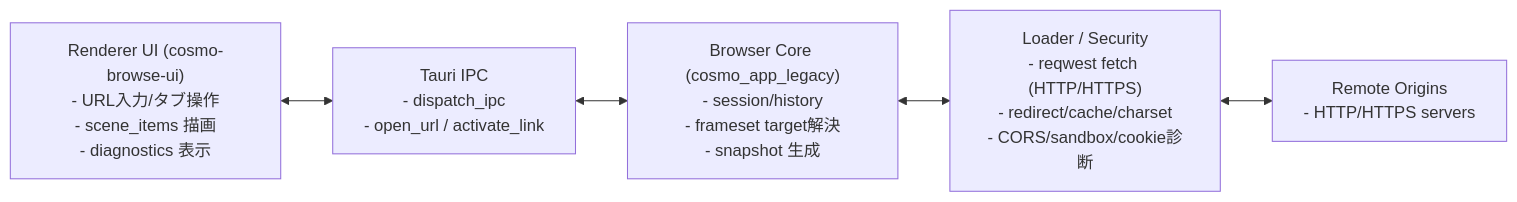
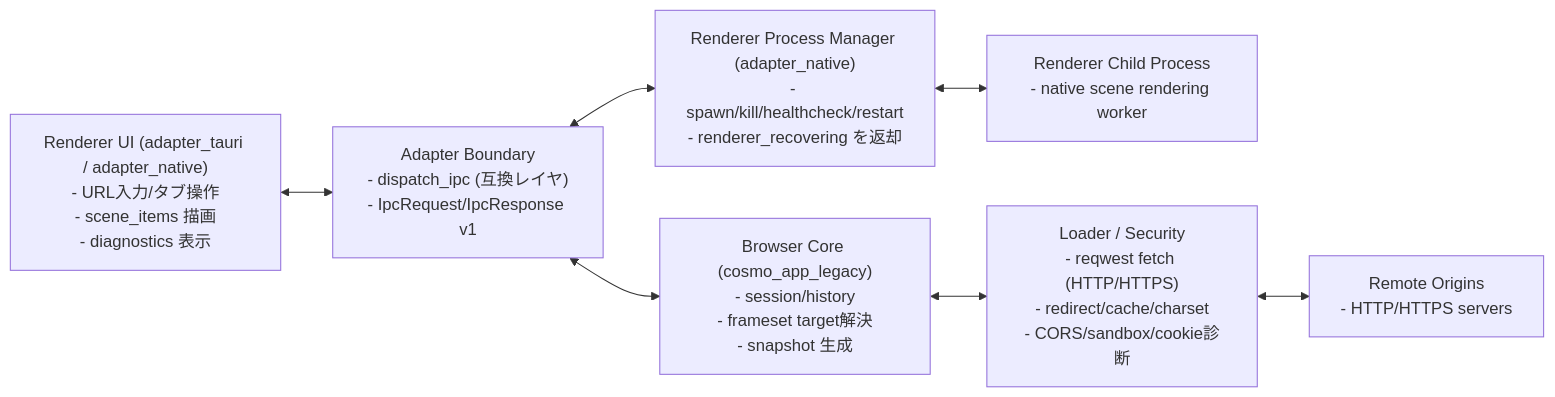
The diagram in docs/architecture/mermaid/runtime-topology.mmd (pkaiy81/CosmoBrowse), drawn with Mermaid before and after one commit. The commit also changed 8 other files, not shown here.

Commit message:
docs: update roadmap progress and recovery architecture flows

```diff
--- a/docs/architecture/mermaid/runtime-topology.mmd
+++ b/docs/architecture/mermaid/runtime-topology.mmd
@@ -1,11 +1,15 @@
 flowchart LR
-  UI["Renderer UI (cosmo-browse-ui)\n- URL入力/タブ操作\n- scene_items 描画\n- diagnostics 表示"]
-  IPC["Tauri IPC\n- dispatch_ipc\n- open_url / activate_link"]
+  UI["Renderer UI (adapter_tauri / adapter_native)\n- URL入力/タブ操作\n- scene_items 描画\n- diagnostics 表示"]
+  IPC["Adapter Boundary\n- dispatch_ipc (互換レイヤ)\n- IpcRequest/IpcResponse v1"]
+  PM["Renderer Process Manager (adapter_native)\n- spawn/kill/healthcheck/restart\n- renderer_recovering を返却"]
+  RP["Renderer Child Process\n- native scene rendering worker"]
   CORE["Browser Core (cosmo_app_legacy)\n- session/history\n- frameset target解決\n- snapshot 生成"]
   NET["Loader / Security\n- reqwest fetch (HTTP/HTTPS)\n- redirect/cache/charset\n- CORS/sandbox/cookie診断"]
   EXT["Remote Origins\n- HTTP/HTTPS servers"]
 
   UI <--> IPC
+  IPC <--> PM
+  PM <--> RP
   IPC <--> CORE
   CORE <--> NET
   NET <--> EXT
```
